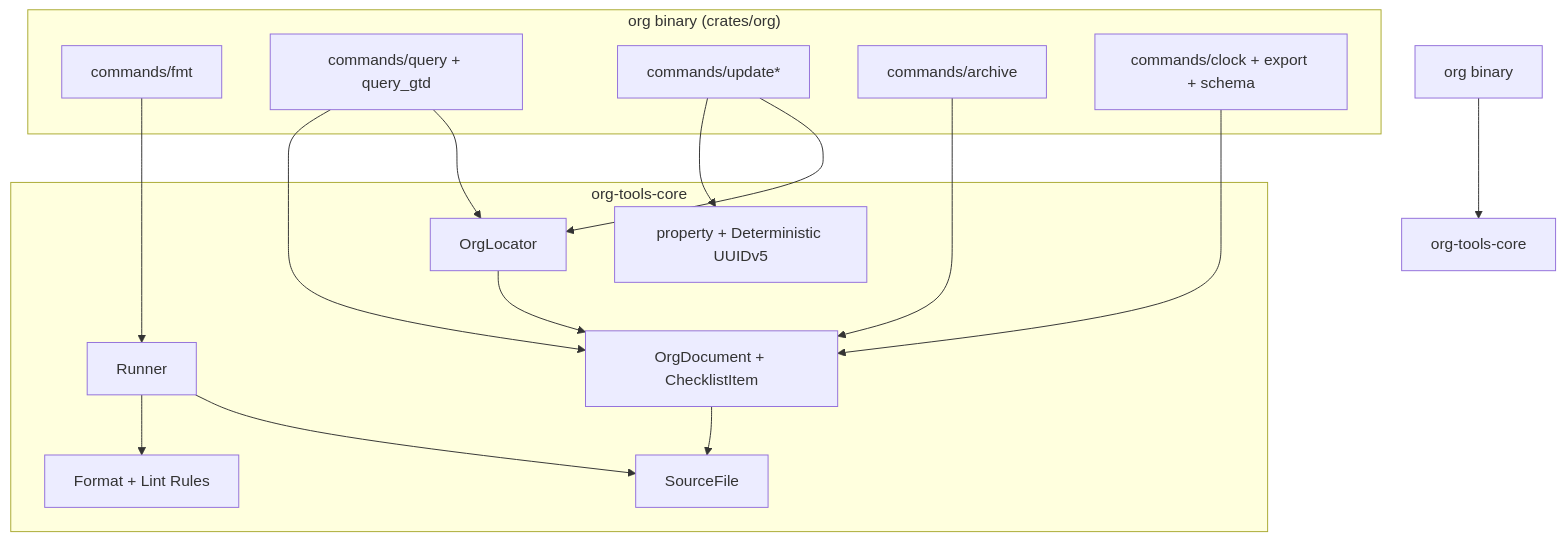
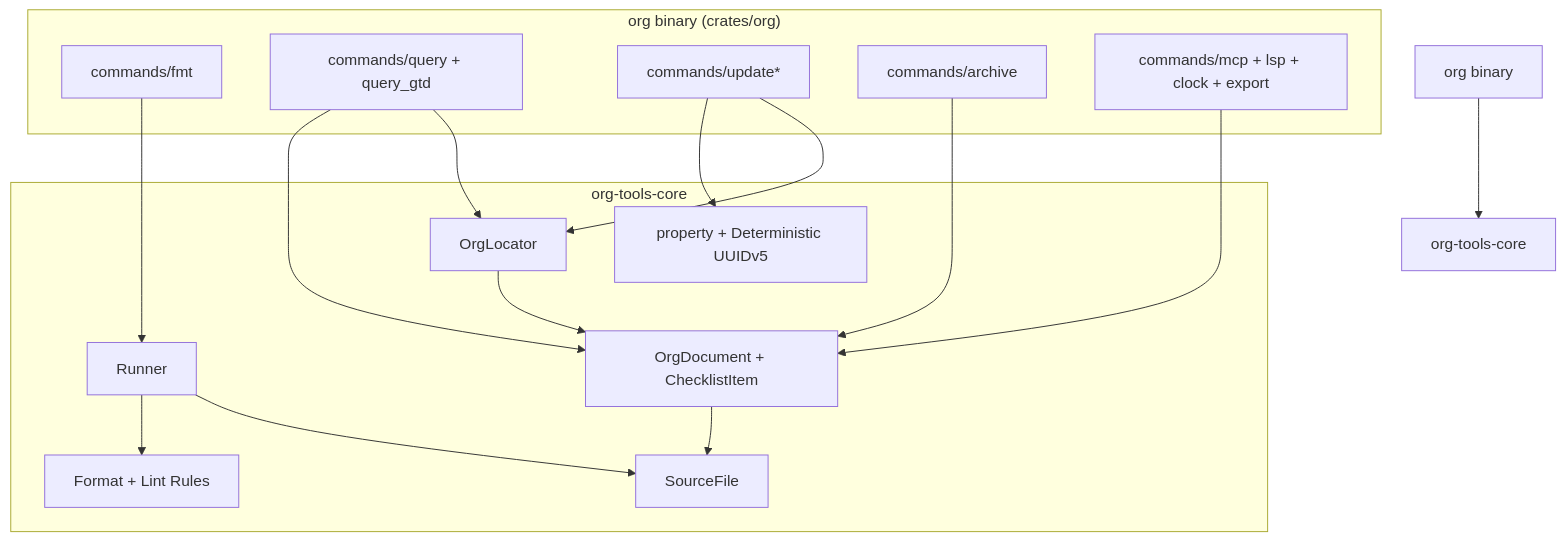
The second of 5 diagrams in docs/technical/architecture.org (lino/org-tools), drawn with Mermaid before and after one commit. The commit also changed other lines of this file and 13 other files, not shown here.

```diff
--- a/docs/technical/architecture.org
+++ b/docs/technical/architecture.org
@@ -132,30 +132,30 @@
 #+begin_src mermaid :file building-blocks-l1.png
 flowchart TD
     OrgBin["org binary"] --> Core["org-tools-core"]
     subgraph "org binary (crates/org)"
         FmtCmd["commands/fmt"]
         QueryCmd["commands/query + query_gtd"]
         UpdateCmd["commands/update*"]
         ArchiveCmd["commands/archive"]
-        ClockExport["commands/clock + export + schema"]
+        ClockExport["commands/mcp + lsp + clock + export"]
     end
     subgraph "org-tools-core"
         Runner
         Document["OrgDocument + ChecklistItem"]
         Locator["OrgLocator"]
         Property["property + Deterministic UUIDv5"]
         Rules["Format + Lint Rules"]
         Source["SourceFile"]
     end
     FmtCmd --> Runner
     QueryCmd --> Document
     QueryCmd --> Locator
     UpdateCmd --> Property
     UpdateCmd --> Locator
     ArchiveCmd --> Document
     ClockExport --> Document
     Runner --> Rules
     Runner --> Source
     Document --> Source
     Locator --> Document
 #+end_src
```
